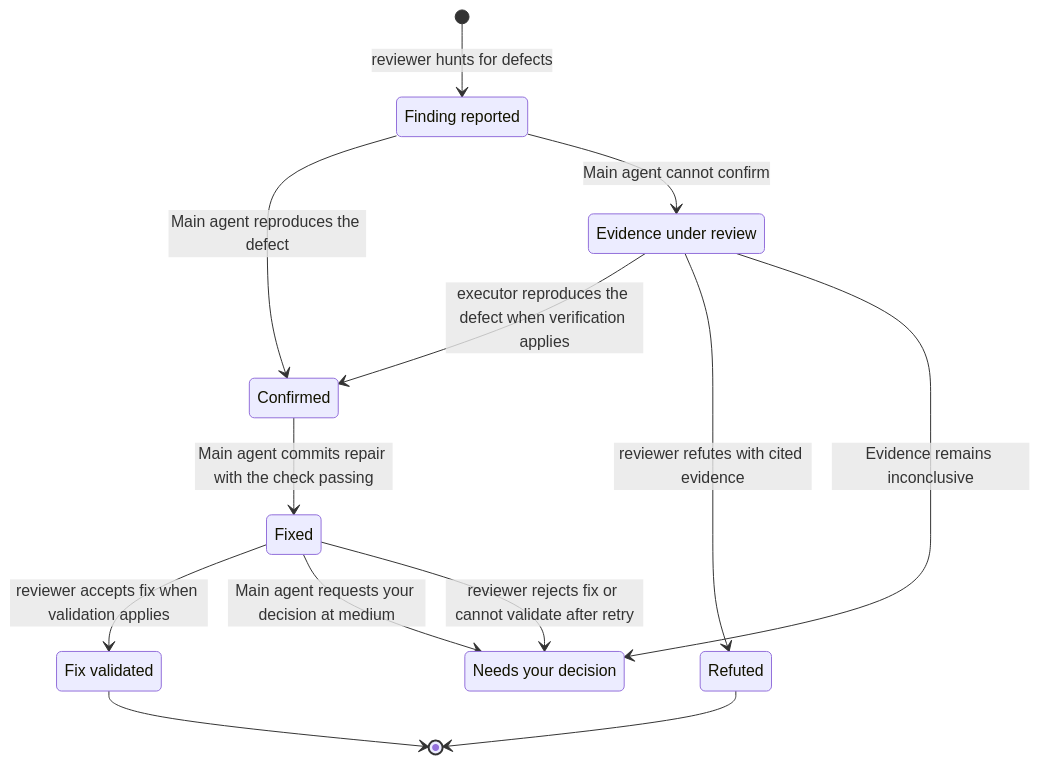
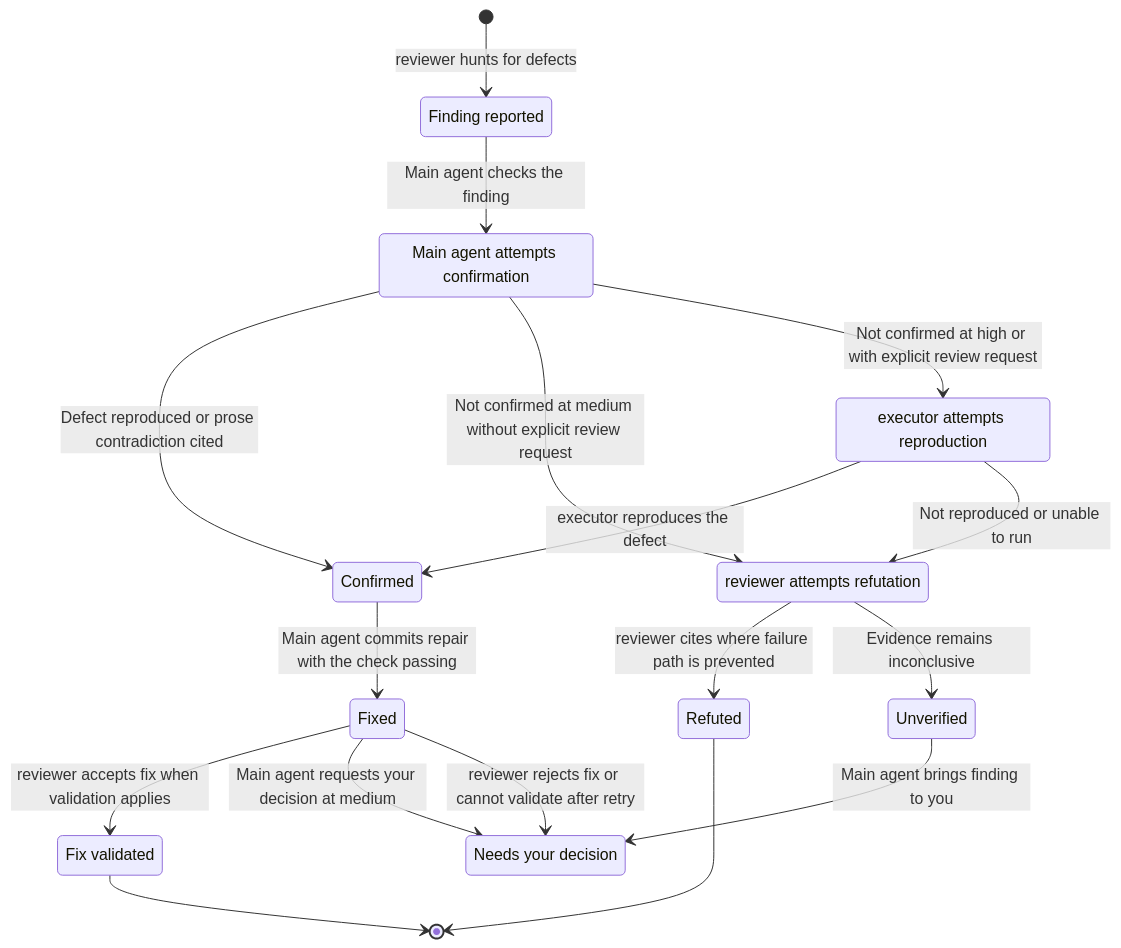
One commit to jvillegasd/harness changed the diagram in docs/subagents.md. Above: the diagram before and after it, drawn with Mermaid. The commit also changed other lines of this file, not shown here.

Commit message:
docs: clarify finding verification steps

````diff
--- a/docs/subagents.md
+++ b/docs/subagents.md
@@ -35,23 +35,30 @@
 ```mermaid
 stateDiagram-v2
     state "Finding reported" as Reported
-    state "Evidence under review" as Evidence
+    state "Main agent attempts confirmation" as Confirmation
+    state "executor attempts reproduction" as Reproduction
+    state "reviewer attempts refutation" as Refutation
+    state "Unverified" as Unverified
     state "Confirmed" as Confirmed
     state "Refuted" as Refuted
     state "Fixed" as Fixed
     state "Fix validated" as Validated
     state "Needs your decision" as Decision
 
     [*] --> Reported: reviewer hunts for defects
-    Reported --> Confirmed: Main agent reproduces the defect
-    Reported --> Evidence: Main agent cannot confirm
-    Evidence --> Confirmed: executor reproduces the defect when verification applies
-    Evidence --> Refuted: reviewer refutes with cited evidence
-    Evidence --> Decision: Evidence remains inconclusive
+    Reported --> Confirmation: Main agent checks the finding
+    Confirmation --> Confirmed: Defect reproduced or prose contradiction cited
+    Confirmation --> Refutation: Not confirmed at medium without explicit review request
+    Confirmation --> Reproduction: Not confirmed at high or with explicit review request
+    Reproduction --> Confirmed: executor reproduces the defect
+    Reproduction --> Refutation: Not reproduced or unable to run
+    Refutation --> Refuted: reviewer cites where failure path is prevented
+    Refutation --> Unverified: Evidence remains inconclusive
+    Unverified --> Decision: Main agent brings finding to you
     Confirmed --> Fixed: Main agent commits repair with the check passing
     Fixed --> Validated: reviewer accepts fix when validation applies
     Fixed --> Decision: Main agent requests your decision at medium
     Fixed --> Decision: reviewer rejects fix or cannot validate after retry
     Validated --> [*]
     Refuted --> [*]
 ```
````
